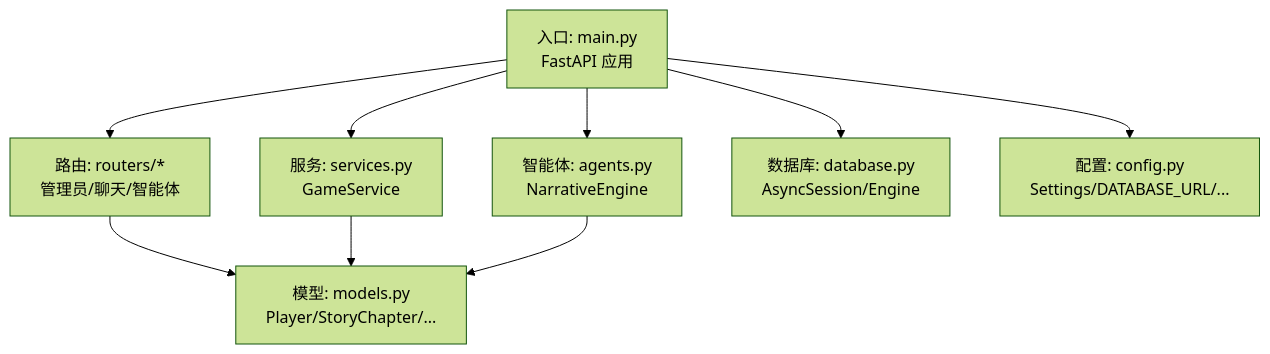
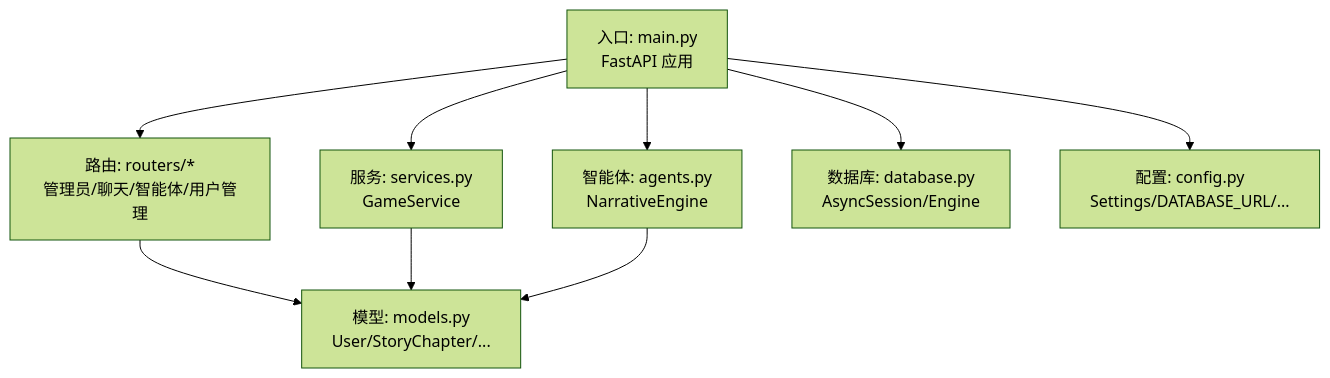
Before and after one commit to KunLabAI/KunFlix: the first of 8 diagrams in .qoder/repowiki/zh/content/后台管理系统/玩家监控系统.md, drawn with Mermaid (forest theme). The commit also changed other lines of this file and 43 other files, not shown here.

````diff
--- a/.qoder/repowiki/zh/content/后台管理系统/玩家监控系统.md
+++ b/.qoder/repowiki/zh/content/后台管理系统/玩家监控系统.md
@@ -60,11 +73,11 @@
 ```mermaid
 graph TB
-A["入口: main.py<br/>FastAPI 应用"] --> B["路由: routers/*<br/>管理员/聊天/智能体"]
+A["入口: main.py<br/>FastAPI 应用"] --> B["路由: routers/*<br/>管理员/聊天/智能体/用户管理"]
 A --> C["服务: services.py<br/>GameService"]
 A --> D["智能体: agents.py<br/>NarrativeEngine"]
-B --> E["模型: models.py<br/>Player/StoryChapter/..."]
+B --> E["模型: models.py<br/>User/StoryChapter/..."]
 C --> E
 D --> E
 A --> F["数据库: database.py<br/>AsyncSession/Engine"]
 A --> G["配置: config.py<br/>Settings/DATABASE_URL/..."]
 ```
````
